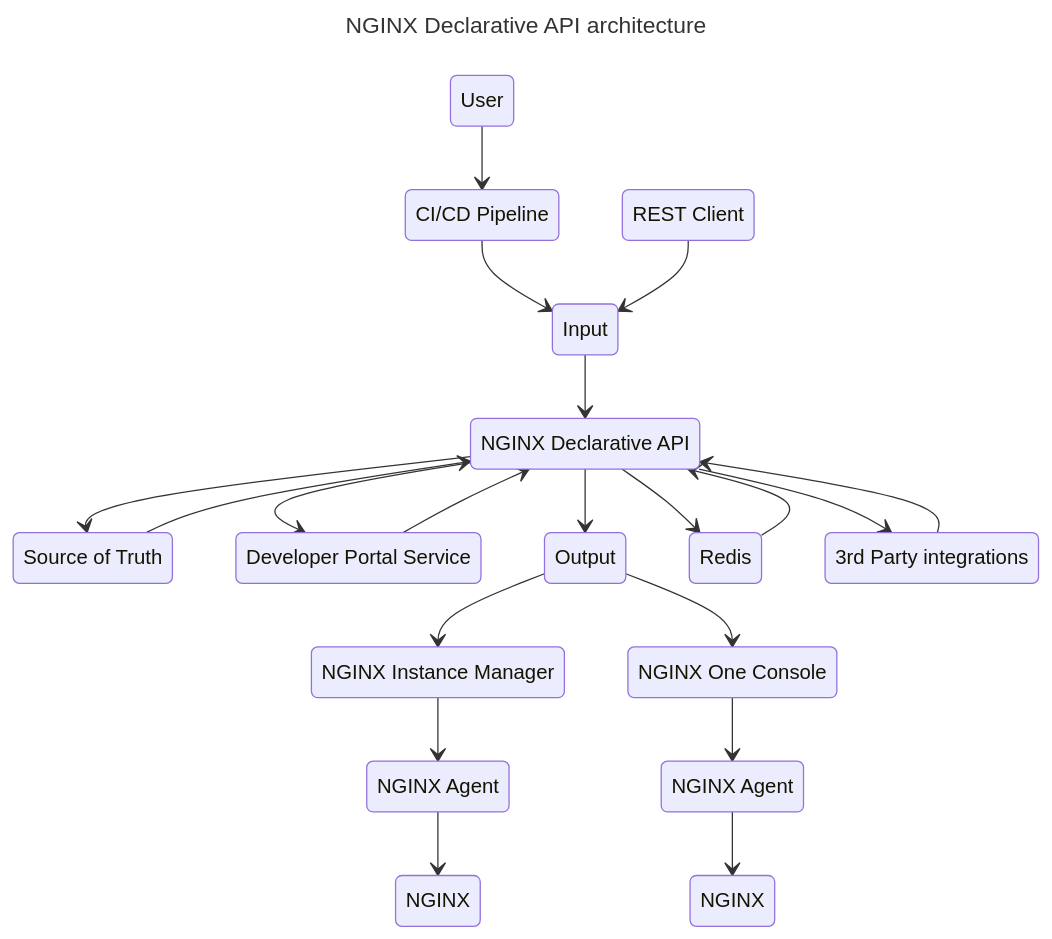
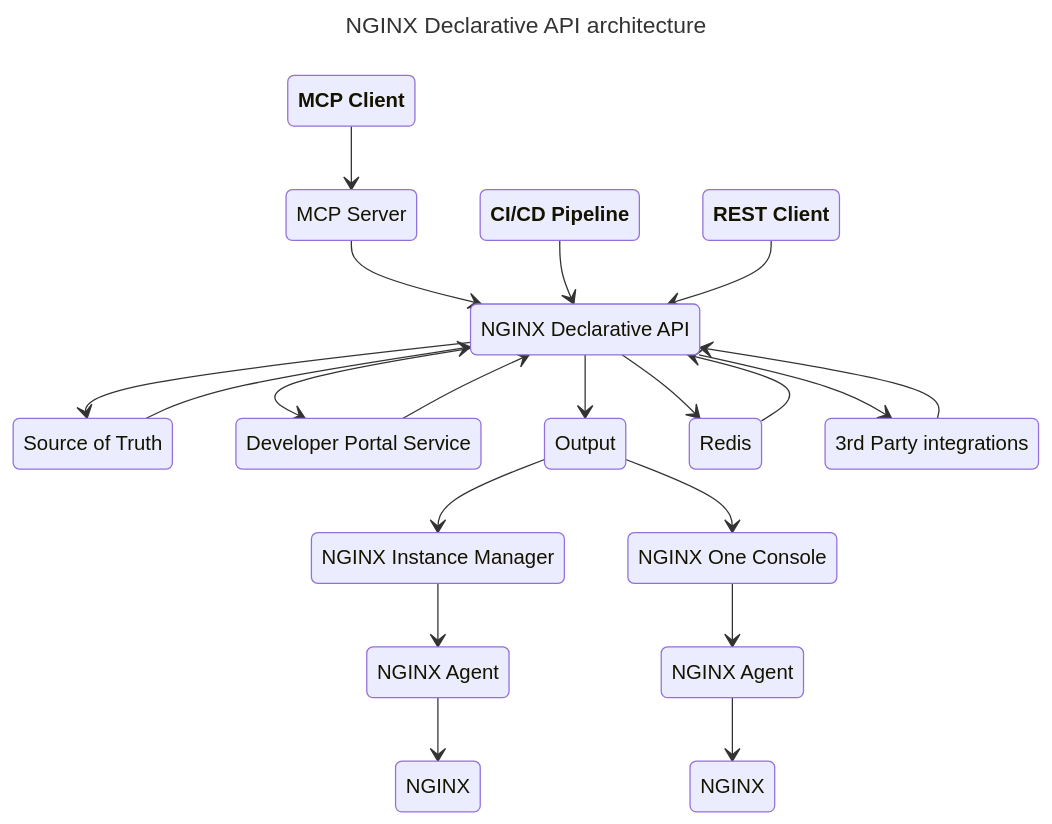
One commit to f5devcentral/NGINX-Declarative-API changed the first of 3 diagrams in README.md. Above: the diagram before and after it, drawn with Mermaid. The commit also changed other lines of this file and 115 other files, not shown here.

````diff
--- a/README.md
+++ b/README.md
@@ -57,42 +59,42 @@
 ```mermaid
 ---
 title: NGINX Declarative API architecture
 ---
 stateDiagram-v2
-    DevOps: User
-    Client: REST Client
-    Pipeline: CI/CD Pipeline
+    Client: **REST Client**
+    Pipeline: **CI/CD Pipeline**
     NIM: NGINX Instance Manager
     N1: NGINX One Console
     AGENT1: NGINX Agent
     NGINX1: NGINX
     AGENT2: NGINX Agent
     NGINX2: NGINX
-    INPUT: Input
     SOT: Source of Truth
     NDAPI: NGINX Declarative API
     DEVP: Developer Portal Service
     OUTPUT: Output
     REDIS: Redis
     3RDPARTY: 3rd Party integrations
+    MCP: MCP Server
+    MCPC: **MCP Client**
 
-    DevOps --> Pipeline
-    Pipeline --> INPUT
-    Client --> INPUT
-    INPUT --> NDAPI
+    MCPC --> MCP
+    MCP --> NDAPI
+    Pipeline --> NDAPI
+    Client --> NDAPI
     NDAPI --> OUTPUT
     NDAPI --> SOT
     SOT --> NDAPI
     NDAPI --> 3RDPARTY
     3RDPARTY --> NDAPI
     NDAPI --> REDIS
     REDIS --> NDAPI
     OUTPUT --> NIM
     OUTPUT --> N1
     NDAPI --> DEVP
     DEVP --> NDAPI
     NIM --> AGENT1
     AGENT1 --> NGINX1
     N1 --> AGENT2
     AGENT2 --> NGINX2
 ```
````
